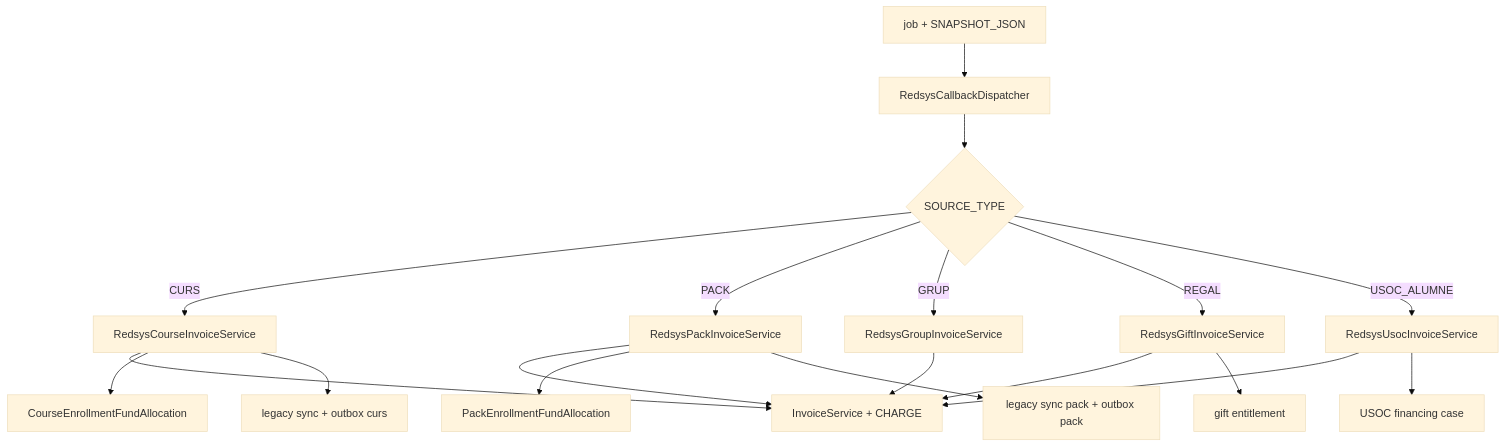
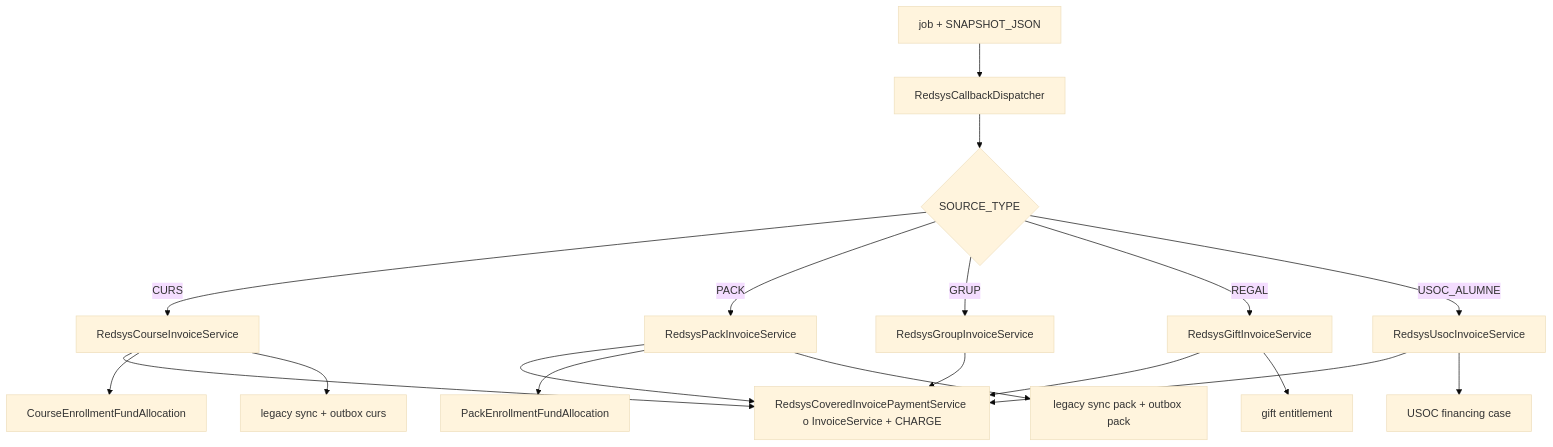
The seventh of 8 diagrams in documentacio/07-uml-integrat/uc-003-activitats-actual-final.md (orgmeriemprismacat-del/verifactu), drawn with Mermaid (base theme) before and after one commit. The commit also changed other lines of this file, not shown here.

Commit message:
docs(UC-003): reconcile activities with UC-004 covered payment path

````diff
--- a/documentacio/07-uml-integrat/uc-003-activitats-actual-final.md
+++ b/documentacio/07-uml-integrat/uc-003-activitats-actual-final.md
@@ -131,21 +131,21 @@
 ```mermaid
 flowchart TD
   A[job + SNAPSHOT_JSON] --> B[RedsysCallbackDispatcher]
   B --> C{SOURCE_TYPE}
   C -->|CURS| D[RedsysCourseInvoiceService]
   C -->|PACK| E[RedsysPackInvoiceService]
   C -->|GRUP| F[RedsysGroupInvoiceService]
   C -->|REGAL| G[RedsysGiftInvoiceService]
   C -->|USOC_ALUMNE| H[RedsysUsocInvoiceService]
-  D --> I[InvoiceService + CHARGE]
+  D --> I[RedsysCoveredInvoicePaymentService o InvoiceService + CHARGE]
   E --> I
   F --> I
   G --> I
   H --> I
   D --> J[CourseEnrollmentFundAllocation]
   E --> K[PackEnrollmentFundAllocation]
   D --> L[legacy sync + outbox curs]
   E --> M[legacy sync pack + outbox pack]
   G --> N[gift entitlement]
   H --> O[USOC financing case]
 ```
````
